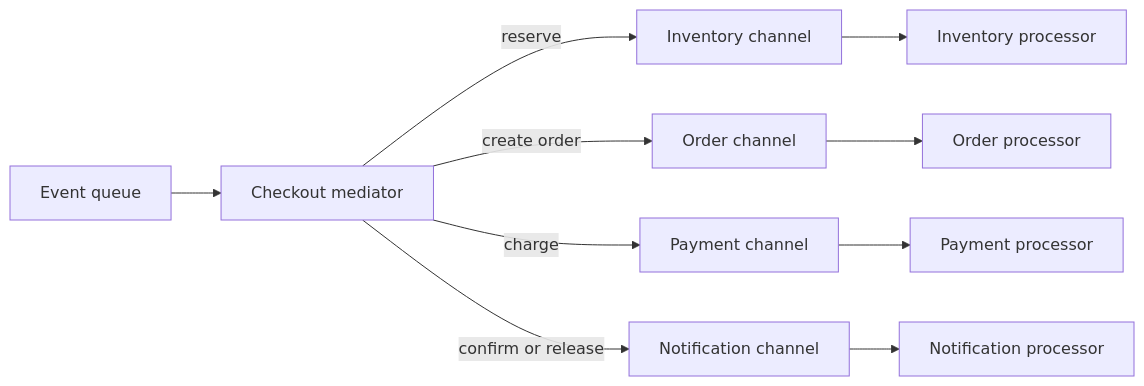
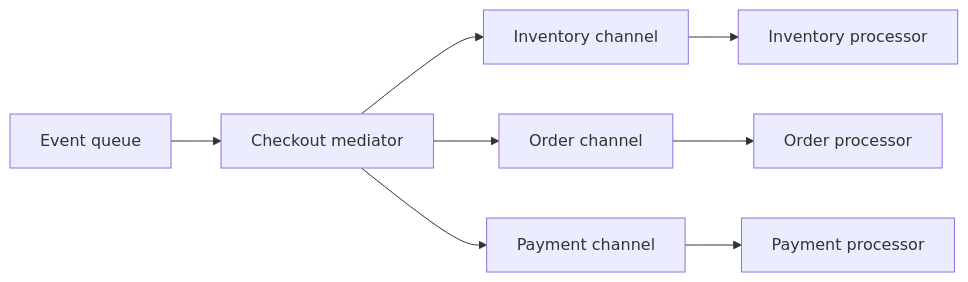
The third of 9 diagrams in architecture-patterns.md (Iffrah992/Advanced-software-architecture-patterns), drawn with Mermaid before and after one commit. The commit also changed other lines of this file, not shown here.

````diff
--- a/architecture-patterns.md
+++ b/architecture-patterns.md
@@ -146,8 +148,7 @@
 ```mermaid
 flowchart LR
     Q[Event queue] --> M[Checkout mediator]
-    M -->|reserve| C1[Inventory channel] --> P1[Inventory processor]
-    M -->|create order| C2[Order channel] --> P2[Order processor]
-    M -->|charge| C3[Payment channel] --> P3[Payment processor]
-    M -->|confirm or release| C4[Notification channel] --> P4[Notification processor]
+    M --> C1[Inventory channel] --> P1[Inventory processor]
+    M --> C2[Order channel] --> P2[Order processor]
+    M --> C3[Payment channel] --> P3[Payment processor]
 ```
````
